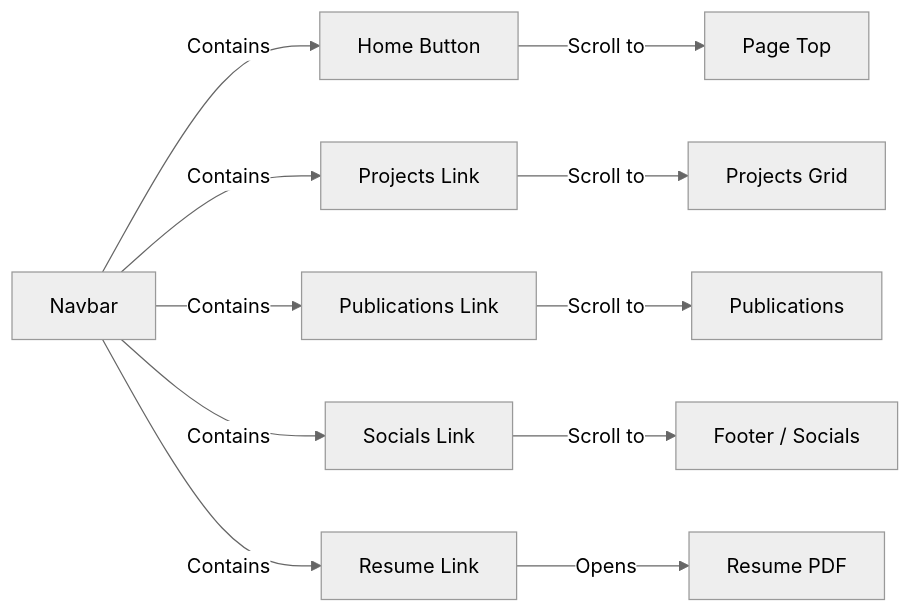
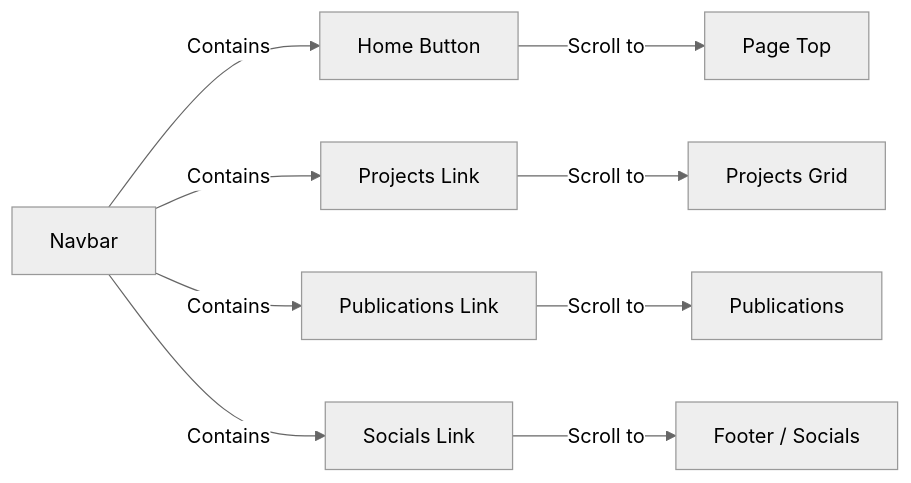
The first of 2 diagrams in docs/architecture/components/navbar.md (AlexJSully/AlexJSully-Portfolio), drawn with Mermaid (neutral theme) before and after one commit. The commit also changed other lines of this file and 42 other files, not shown here.

````diff
--- a/docs/architecture/components/navbar.md
+++ b/docs/architecture/components/navbar.md
@@ -11,16 +11,14 @@
 ```mermaid
 flowchart LR
     accTitle: Navbar Navigation Structure
-    accDescr: Navbar contains Home button and links for Projects, Publications, Socials, and Resume. Each item scrolls to or opens its target section or PDF
+    accDescr: Navbar contains Home button and links for Projects, Publications, and Socials. Each item scrolls to its target section
     Navbar[Navbar] -->|Contains| Home[Home Button]
     Navbar -->|Contains| Projects[Projects Link]
     Navbar -->|Contains| Pubs[Publications Link]
     Navbar -->|Contains| Socials[Socials Link]
-    Navbar -->|Contains| Resume[Resume Link]
 
     Home -->|Scroll to| Top[Page Top]
     Projects -->|Scroll to| ProjectsGrid[Projects Grid]
     Pubs -->|Scroll to| PublicationsList[Publications]
     Socials -->|Scroll to| Footer[Footer / Socials]
-    Resume -->|Opens| PDF[Resume PDF]
 ```
````
